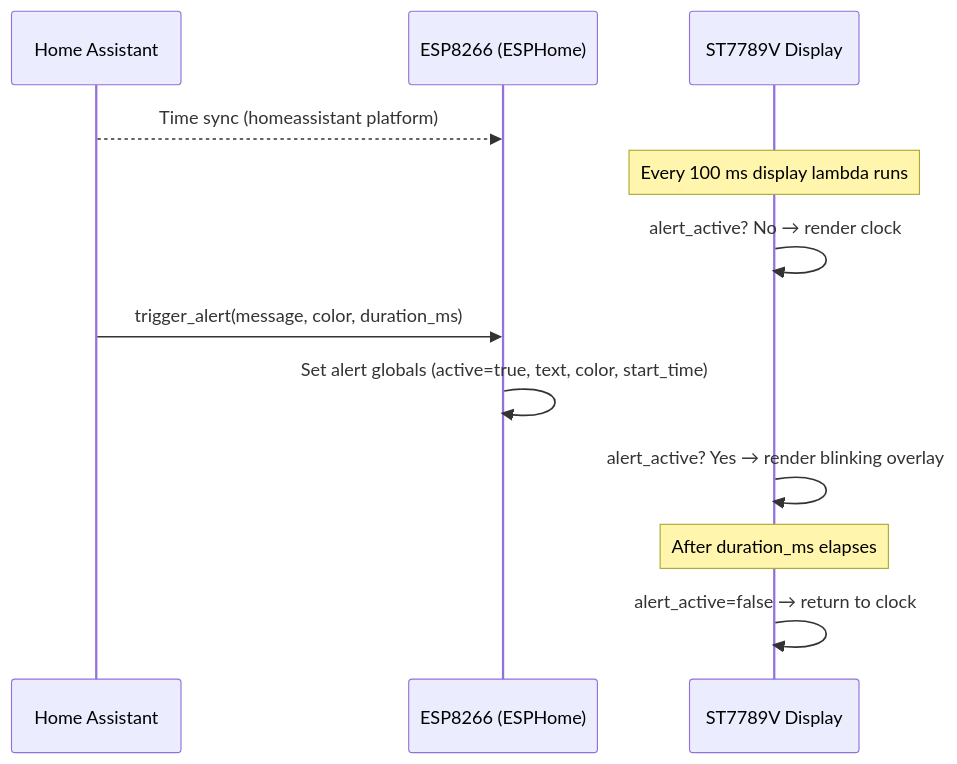
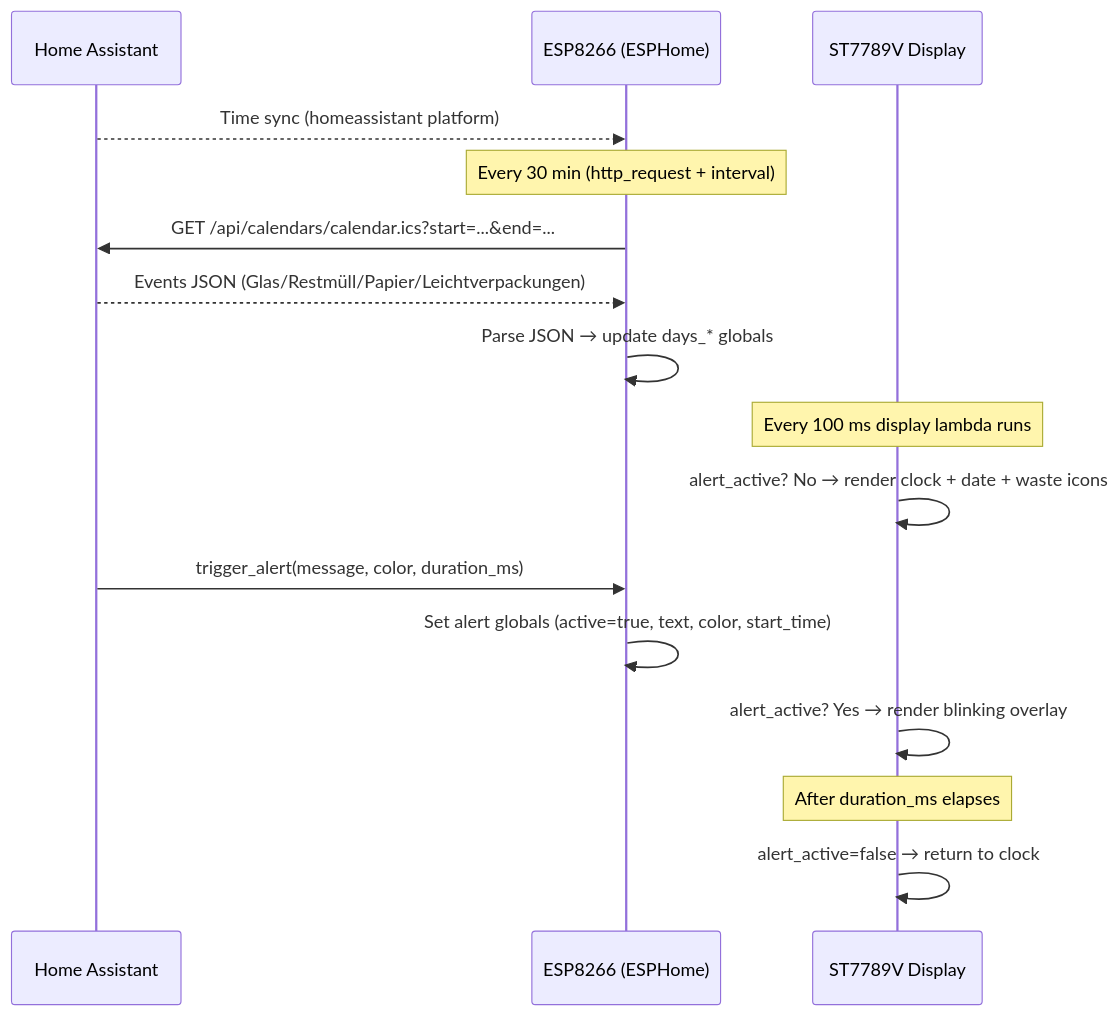
One commit to DBlade82/MiniTV changed the second of 4 diagrams in docs/systemoverview.md. Above: the diagram before and after it, drawn with Mermaid. The commit also changed other lines of this file and 5 other files, not shown here.

First line of the commit message:
feat: add waste-collection reminder icons, remove weekday line

````diff
--- a/docs/systemoverview.md
+++ b/docs/systemoverview.md
@@ -48,16 +53,21 @@
 ```mermaid
 sequenceDiagram
     participant HA as Home Assistant
     participant ESP as ESP8266 (ESPHome)
     participant DISP as ST7789V Display
 
     HA-->>ESP: Time sync (homeassistant platform)
+    Note over ESP: Every 30 min (http_request + interval)
+    ESP->>HA: GET /api/calendars/calendar.ics?start=...&end=...
+    HA-->>ESP: Events JSON (Glas/Restmüll/Papier/Leichtverpackungen)
+    ESP->>ESP: Parse JSON → update days_* globals
+
     Note over DISP: Every 100 ms display lambda runs
-    DISP->>DISP: alert_active? No → render clock
+    DISP->>DISP: alert_active? No → render clock + date + waste icons
 
     HA->>ESP: trigger_alert(message, color, duration_ms)
     ESP->>ESP: Set alert globals (active=true, text, color, start_time)
     DISP->>DISP: alert_active? Yes → render blinking overlay
     Note over DISP: After duration_ms elapses
     DISP->>DISP: alert_active=false → return to clock
 ```
````
